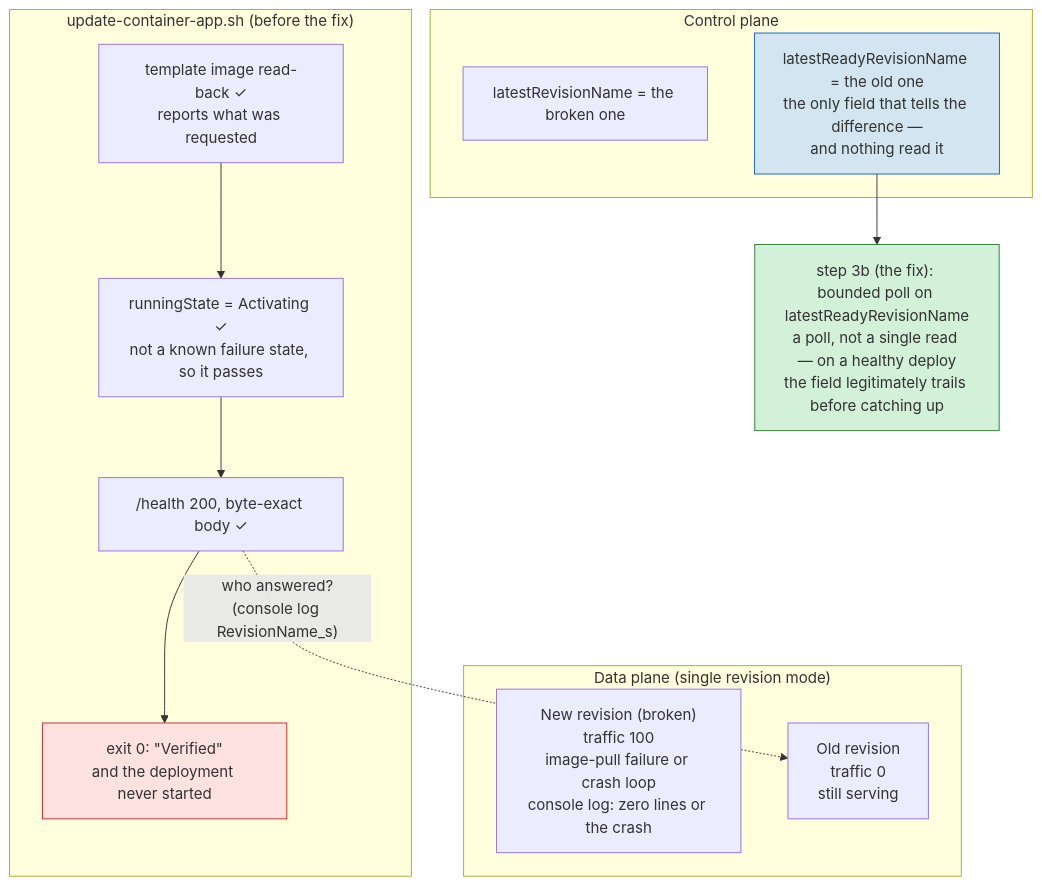
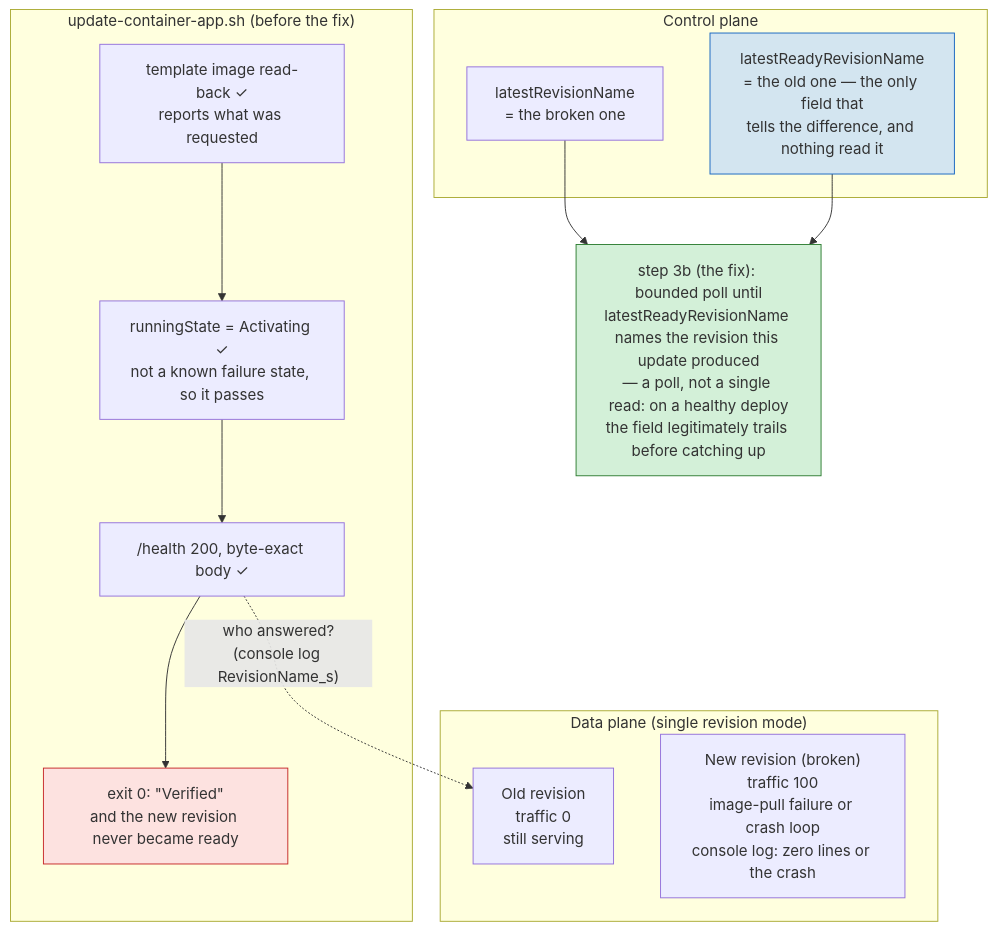
The diagram in docs/diagrams/revision-false-pass.md (kehao-playground/azure-genai-backend-lab), drawn with Mermaid before and after one commit. The commit also changed other lines of this file and 6 other files, not shown here.

````diff
--- a/docs/diagrams/revision-false-pass.md
+++ b/docs/diagrams/revision-false-pass.md
@@ -21,29 +23,30 @@
 ```mermaid
 flowchart TB
     subgraph script["update-container-app.sh (before the fix)"]
         c1["template image read-back ✓<br/>reports what was requested"]
         c2["runningState = Activating ✓<br/>not a known failure state, so it passes"]
         c3["/health 200, byte-exact body ✓"]
-        ok["exit 0: &quot;Verified&quot;<br/>and the deployment never started"]
+        ok["exit 0: &quot;Verified&quot;<br/>and the new revision never became ready"]
         c1 --> c2 --> c3 --> ok
     end
 
     subgraph data["Data plane (single revision mode)"]
+        oldrev["Old revision<br/>traffic 0<br/>still serving"]
         newrev["New revision (broken)<br/>traffic 100<br/>image-pull failure or crash loop<br/>console log: zero lines or the crash"]
-        oldrev["Old revision<br/>traffic 0<br/>still serving"]
     end
 
     c3 -. "who answered?<br/>(console log RevisionName_s)" .-> oldrev
 
     subgraph control["Control plane"]
-        f1["latestRevisionName = the broken one"]
-        f2["latestReadyRevisionName = the old one<br/>the only field that tells the difference —<br/>and nothing read it"]
+        f1["latestRevisionName<br/>= the broken one"]
+        f2["latestReadyRevisionName<br/>= the old one — the only field that<br/>tells the difference, and nothing read it"]
     end
 
-    fix["step 3b (the fix): bounded poll on latestReadyRevisionName<br/>a poll, not a single read — on a healthy deploy<br/>the field legitimately trails before catching up"]
+    fix["step 3b (the fix): bounded poll until<br/>latestReadyRevisionName names the revision this update produced<br/>— a poll, not a single read: on a healthy deploy<br/>the field legitimately trails before catching up"]
+    f1 --> fix
     f2 --> fix
 
     style ok fill:#fde2e0,stroke:#c62828
     style f2 fill:#d3e5f0,stroke:#1565c0
     style fix fill:#d3f0d8,stroke:#2e7d32
 ```
````
